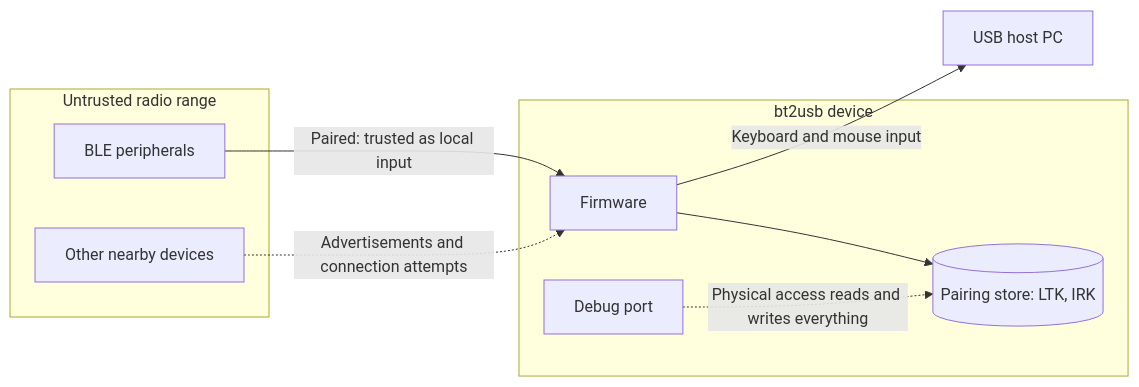
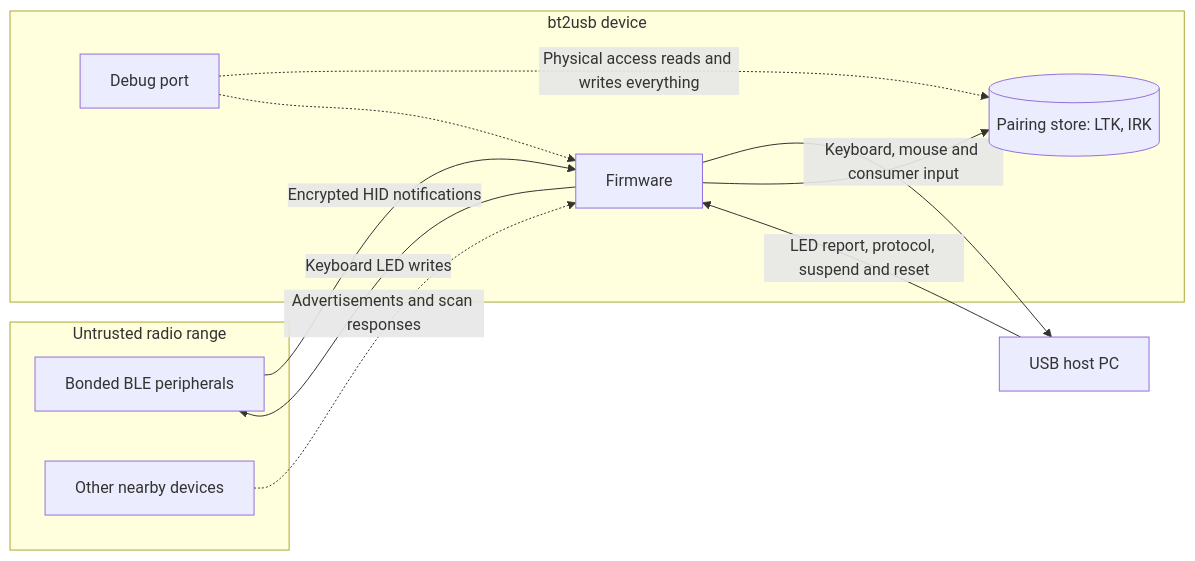
One commit to chefzaid/bt2usb changed the diagram in docs/security.md. Above: the diagram before and after it, drawn with Mermaid. The commit also changed other lines of this file and 31 other files, not shown here.

````diff
--- a/docs/security.md
+++ b/docs/security.md
@@ -39,18 +80,21 @@
 ```mermaid
 flowchart LR
     subgraph radio [Untrusted radio range]
-        PERIPH[BLE peripherals]
+        PERIPH[Bonded BLE peripherals]
         OTHER[Other nearby devices]
     end
     subgraph device [bt2usb device]
         FW[Firmware]
         STORE[(Pairing store: LTK, IRK)]
         SWD[Debug port]
     end
     HOST[USB host PC]
-    PERIPH -->|Paired: trusted as local input| FW
-    OTHER -.->|Advertisements and connection attempts| FW
-    FW -->|Keyboard and mouse input| HOST
+    PERIPH -->|Encrypted HID notifications| FW
+    FW -->|Keyboard LED writes| PERIPH
+    OTHER -.->|Advertisements and scan responses| FW
+    FW -->|Keyboard, mouse and consumer input| HOST
+    HOST -->|LED report, protocol, suspend and reset| FW
     FW --> STORE
     SWD -.->|Physical access reads and writes everything| STORE
+    SWD -.-> FW
 ```
````
